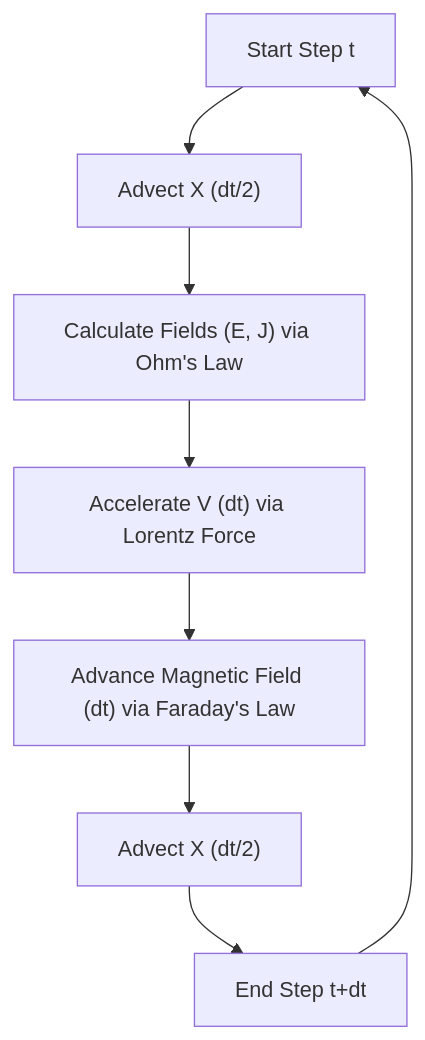
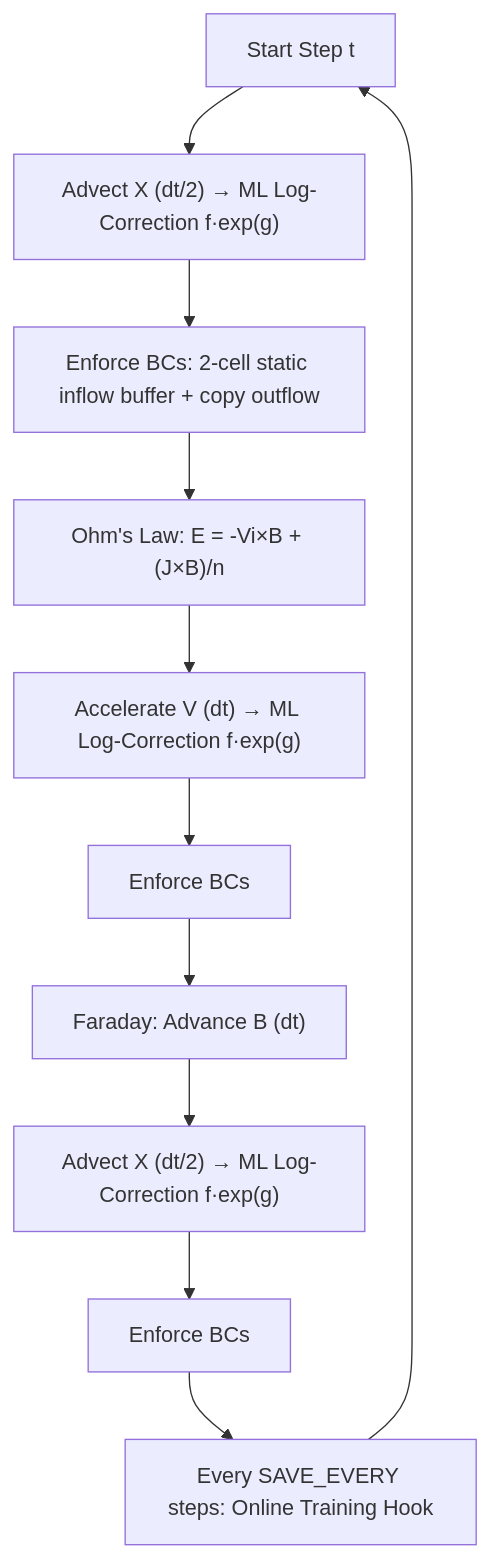
The diagram in README.md (ivanzait/Vlasov-Jax), drawn with Mermaid before and after one commit. The commit also changed other lines of this file and 29 other files, not shown here.

````diff
--- a/README.md
+++ b/README.md
@@ -48,10 +66,13 @@
 ```mermaid
 graph TD
-    A[Start Step t] --> B["Advect X (dt/2)"]
-    B --> C["Calculate Fields (E, J) via Ohm's Law"]
-    C --> D["Accelerate V (dt) via Lorentz Force"]
-    D --> E["Advance Magnetic Field (dt) via Faraday's Law"]
-    E --> F["Advect X (dt/2)"]
-    F --> G["End Step t+dt"]
-    G --> A
+    A[Start Step t] --> B["Advect X (dt/2) → ML Log-Correction f·exp(g)"]
+    B --> C["Enforce BCs: 2-cell static inflow buffer + copy outflow"]
+    C --> D["Ohm's Law: E = -Vi×B + (J×B)/n"]
+    D --> E["Accelerate V (dt) → ML Log-Correction f·exp(g)"]
+    E --> F["Enforce BCs"]
+    F --> G["Faraday: Advance B (dt)"]
+    G --> H["Advect X (dt/2) → ML Log-Correction f·exp(g)"]
+    H --> I["Enforce BCs"]
+    I --> J["Every SAVE_EVERY steps: Online Training Hook"]
+    J --> A
 ```
````
